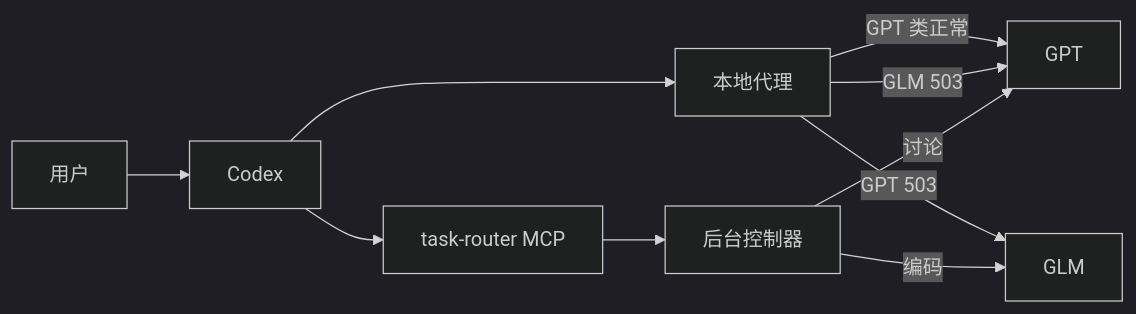
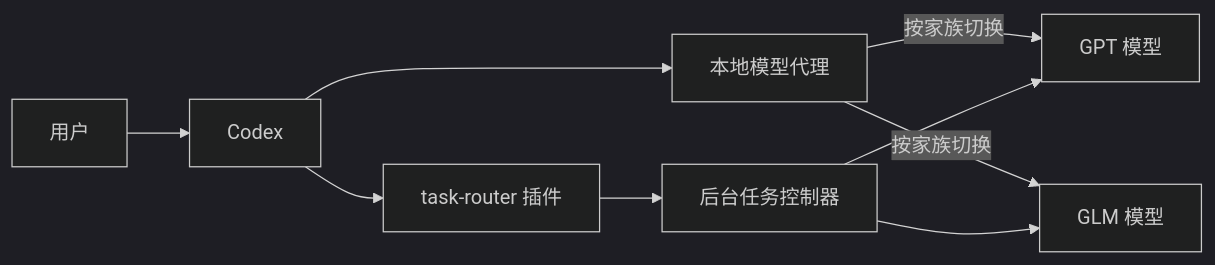
The diagram in README.md (BucherFeng/task-router), drawn with Mermaid (dark theme) before and after one commit. The commit also changed other lines of this file and 5 other files, not shown here.

````diff
--- a/README.md
+++ b/README.md
@@ -10,12 +9,11 @@
 ```mermaid
 flowchart LR
     U[用户] --> C[Codex]
-    C --> P[本地代理]
-    P -->|GPT 类正常| G[GPT]
-    P -->|GPT 503| L[GLM]
-    P -->|GLM 503| G
-    C --> M[task-router MCP]
-    M --> B[后台控制器]
-    B -->|讨论| G
-    B -->|编码| L
+    C --> P[本地模型代理]
+    P -->|按家族切换| G[GPT 模型]
+    P -->|按家族切换| L[GLM 模型]
+    C --> M[task-router 插件]
+    M --> B[后台任务控制器]
+    B --> G
+    B --> L
 ```
````
